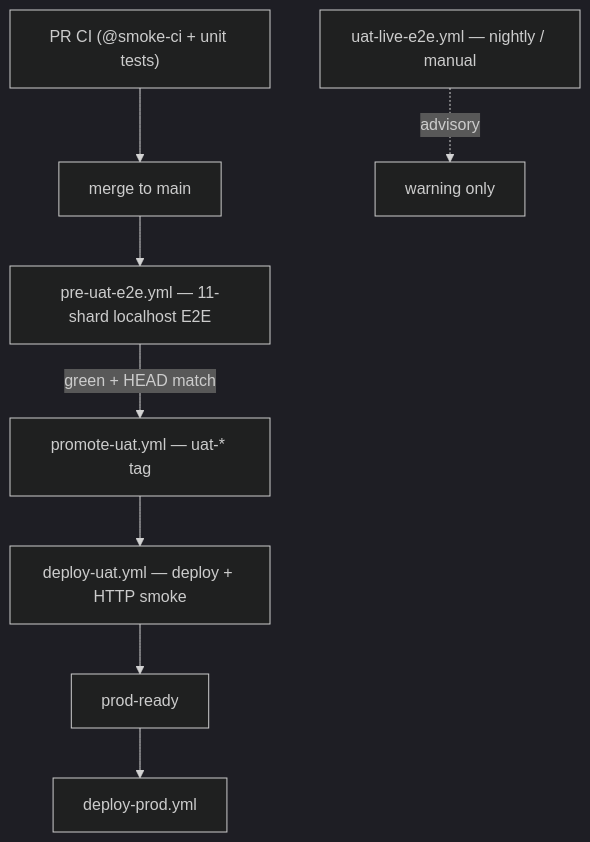
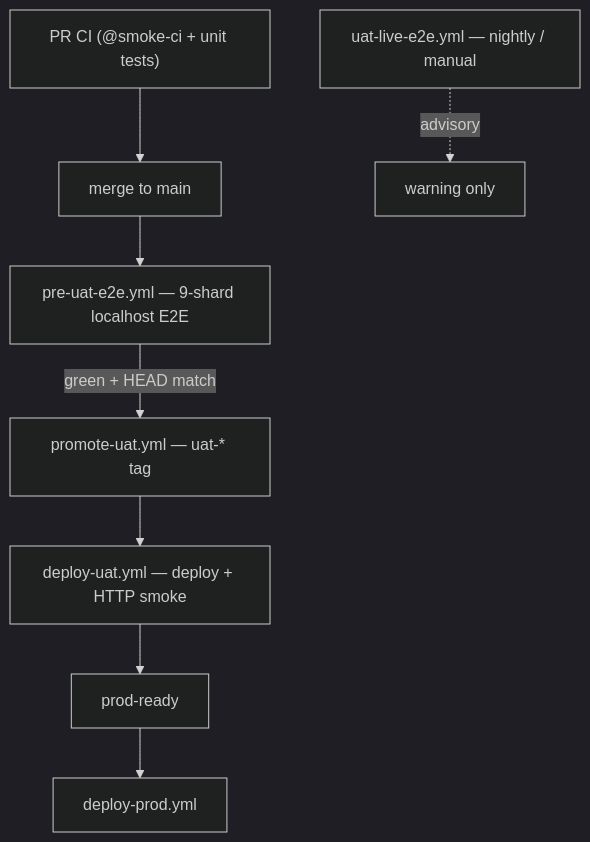
One commit to KanopeeKa/AgathaCheck changed the diagram in docs/e2e/uat-deploy-tiers.md. Above: the diagram before and after it, drawn with Mermaid (dark theme). The commit also changed other lines of this file and 20 other files, not shown here.

````diff
--- a/docs/e2e/uat-deploy-tiers.md
+++ b/docs/e2e/uat-deploy-tiers.md
@@ -19,11 +19,11 @@
 ```mermaid
 flowchart TD
   PR["PR CI (@smoke-ci + unit tests)"] --> MERGE[merge to main]
-  MERGE --> PRE["pre-uat-e2e.yml — 11-shard localhost E2E"]
+  MERGE --> PRE["pre-uat-e2e.yml — 9-shard localhost E2E"]
   PRE -->|green + HEAD match| PROMOTE[promote-uat.yml — uat-* tag]
   PROMOTE --> DEPLOY["deploy-uat.yml — deploy + HTTP smoke"]
   DEPLOY --> READY[prod-ready]
   READY --> PROD[deploy-prod.yml]
 
   NIGHTLY["uat-live-e2e.yml — nightly / manual"] -.->|advisory| WARN[warning only]
 ```
````
